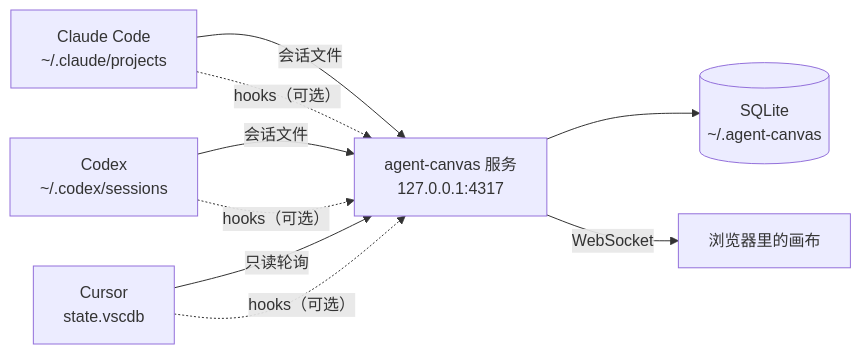
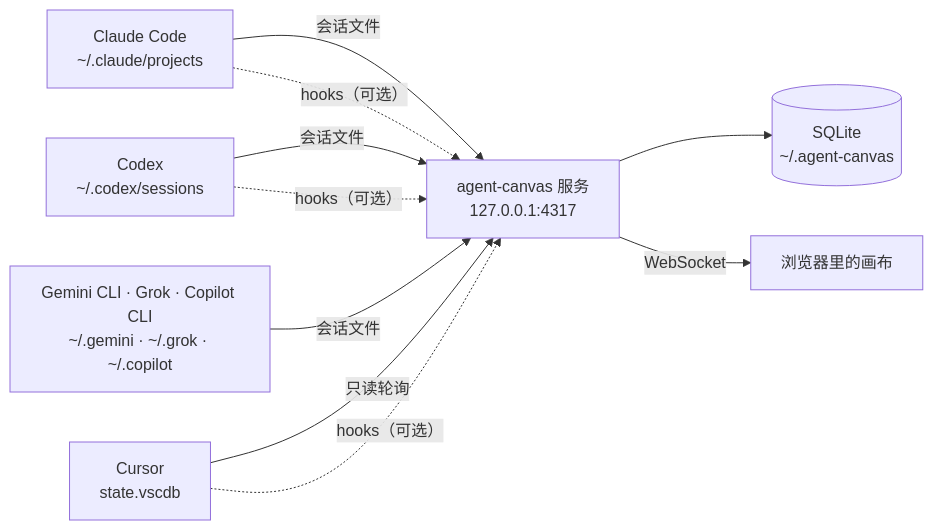
Before and after one commit to qtxsnwwb/agent-canvas: the diagram in README.md, drawn with Mermaid. The commit also changed other lines of this file and 2 other files, not shown here.

Commit message:
docs: Gemini CLI, Grok and Copilot CLI in README, manual and spec

````diff
--- a/README.md
+++ b/README.md
@@ -177,11 +190,12 @@
 ```mermaid
 flowchart LR
   A["Claude Code<br/>~/.claude/projects"] -->|会话文件| S
   B["Codex<br/>~/.codex/sessions"] -->|会话文件| S
   C["Cursor<br/>state.vscdb"] -->|只读轮询| S
+  G["Gemini CLI · Grok · Copilot CLI<br/>~/.gemini · ~/.grok · ~/.copilot"] -->|会话文件| S
   A -.->|hooks（可选）| S
   B -.->|hooks（可选）| S
   C -.->|hooks（可选）| S
   S["agent-canvas 服务<br/>127.0.0.1:4317"] --> D[("SQLite<br/>~/.agent-canvas")]
   S -->|WebSocket| W["浏览器里的画布"]
 ```
````
